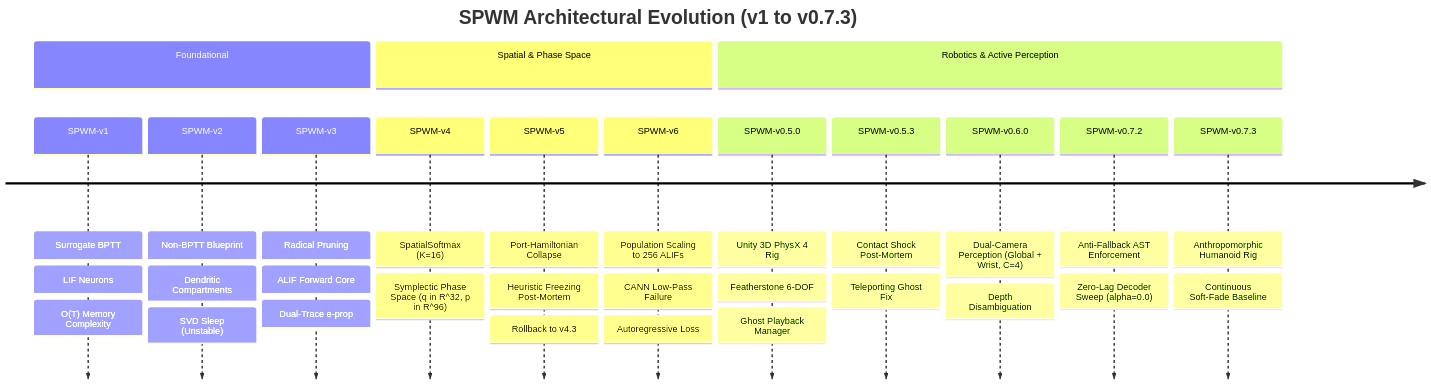
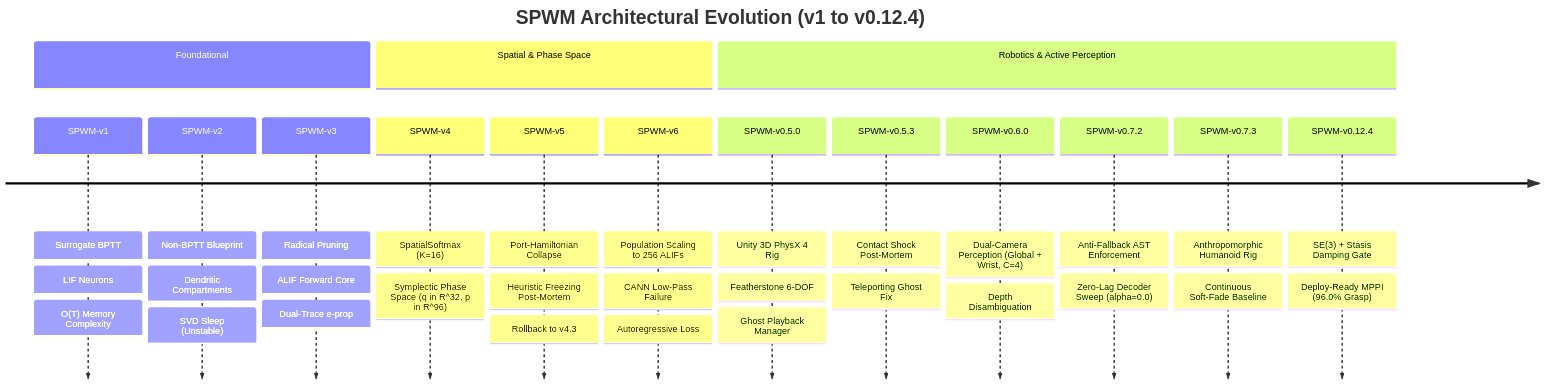
One commit to Mattia-Maiorano/Spiking-Neural_Novelty changed the fourth of 6 diagrams in docs/DOSSIER.md. Above: the diagram before and after it, drawn with Mermaid. The commit also changed other lines of this file and 423 other files, not shown here.

````diff
--- a/docs/DOSSIER.md
+++ b/docs/DOSSIER.md
@@ -354,18 +349,19 @@
 ```mermaid
 timeline
-    title SPWM Architectural Evolution (v1 to v0.7.3)
+    title SPWM Architectural Evolution (v1 to v0.12.4)
     section Foundational
         SPWM-v1 : Surrogate BPTT : LIF Neurons : O(T) Memory Complexity
         SPWM-v2 : Non-BPTT Blueprint : Dendritic Compartments : SVD Sleep (Unstable)
         SPWM-v3 : Radical Pruning : ALIF Forward Core : Dual-Trace e-prop
     section Spatial & Phase Space
         SPWM-v4 : SpatialSoftmax (K=16) : Symplectic Phase Space (q in R^32, p in R^96)
         SPWM-v5 : Port-Hamiltonian Collapse : Heuristic Freezing Post-Mortem : Rollback to v4.3
         SPWM-v6 : Population Scaling to 256 ALIFs : CANN Low-Pass Failure : Autoregressive Loss
     section Robotics & Active Perception
         SPWM-v0.5.0 : Unity 3D PhysX 4 Rig : Featherstone 6-DOF : Ghost Playback Manager
         SPWM-v0.5.3 : Contact Shock Post-Mortem : Teleporting Ghost Fix
         SPWM-v0.6.0 : Dual-Camera Perception (Global + Wrist, C=4) : Depth Disambiguation
         SPWM-v0.7.2 : Anti-Fallback AST Enforcement : Zero-Lag Decoder Sweep (alpha=0.0)
         SPWM-v0.7.3 : Anthropomorphic Humanoid Rig : Continuous Soft-Fade Baseline
+        SPWM-v0.12.4 : SE(3) + Stasis Damping Gate : Deploy-Ready MPPI (96.0% Grasp)
 ```
````
